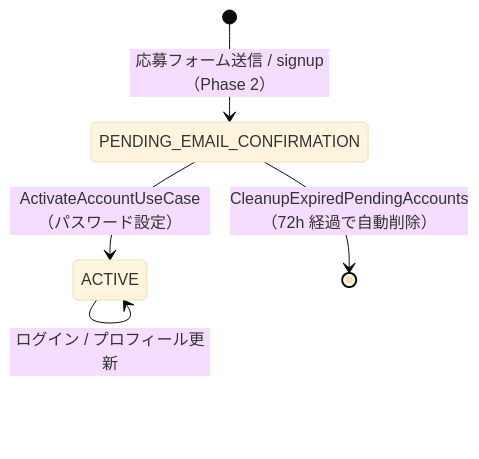
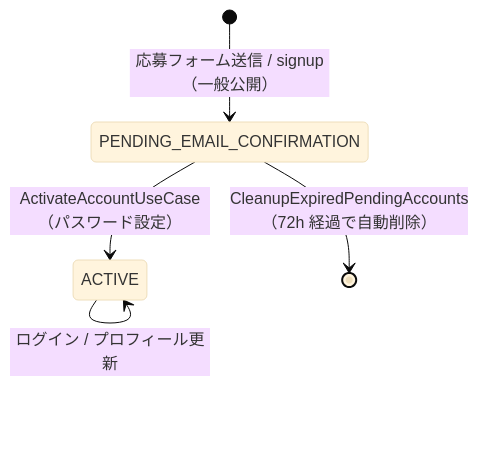
The fifth of 6 diagrams in docs/specs/02_domain-model.md (Physicalfunding/PhysiFun), drawn with Mermaid (base theme) before and after one commit. The commit also changed other lines of this file and 27 other files, not shown here.

````diff
--- a/docs/specs/02_domain-model.md
+++ b/docs/specs/02_domain-model.md
@@ -352,7 +352,7 @@
 ```mermaid
 stateDiagram-v2
-    [*] --> PENDING_EMAIL_CONFIRMATION : 応募フォーム送信 / signup（Phase 2）
+    [*] --> PENDING_EMAIL_CONFIRMATION : 応募フォーム送信 / signup（一般公開）
     PENDING_EMAIL_CONFIRMATION --> ACTIVE : ActivateAccountUseCase（パスワード設定）
     PENDING_EMAIL_CONFIRMATION --> [*] : CleanupExpiredPendingAccounts（72h 経過で自動削除）
     ACTIVE --> ACTIVE : ログイン / プロフィール更新
 ```
````
